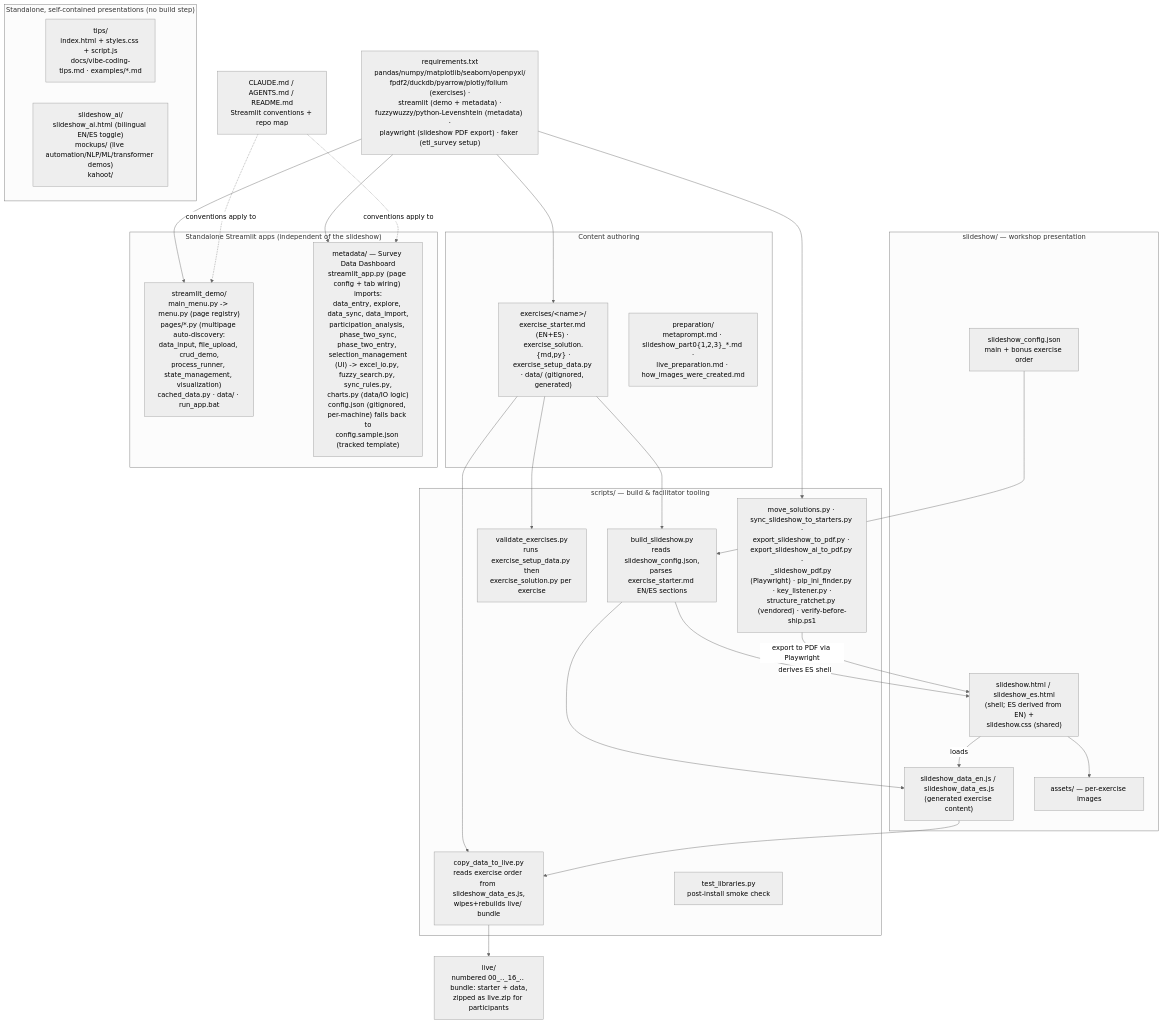
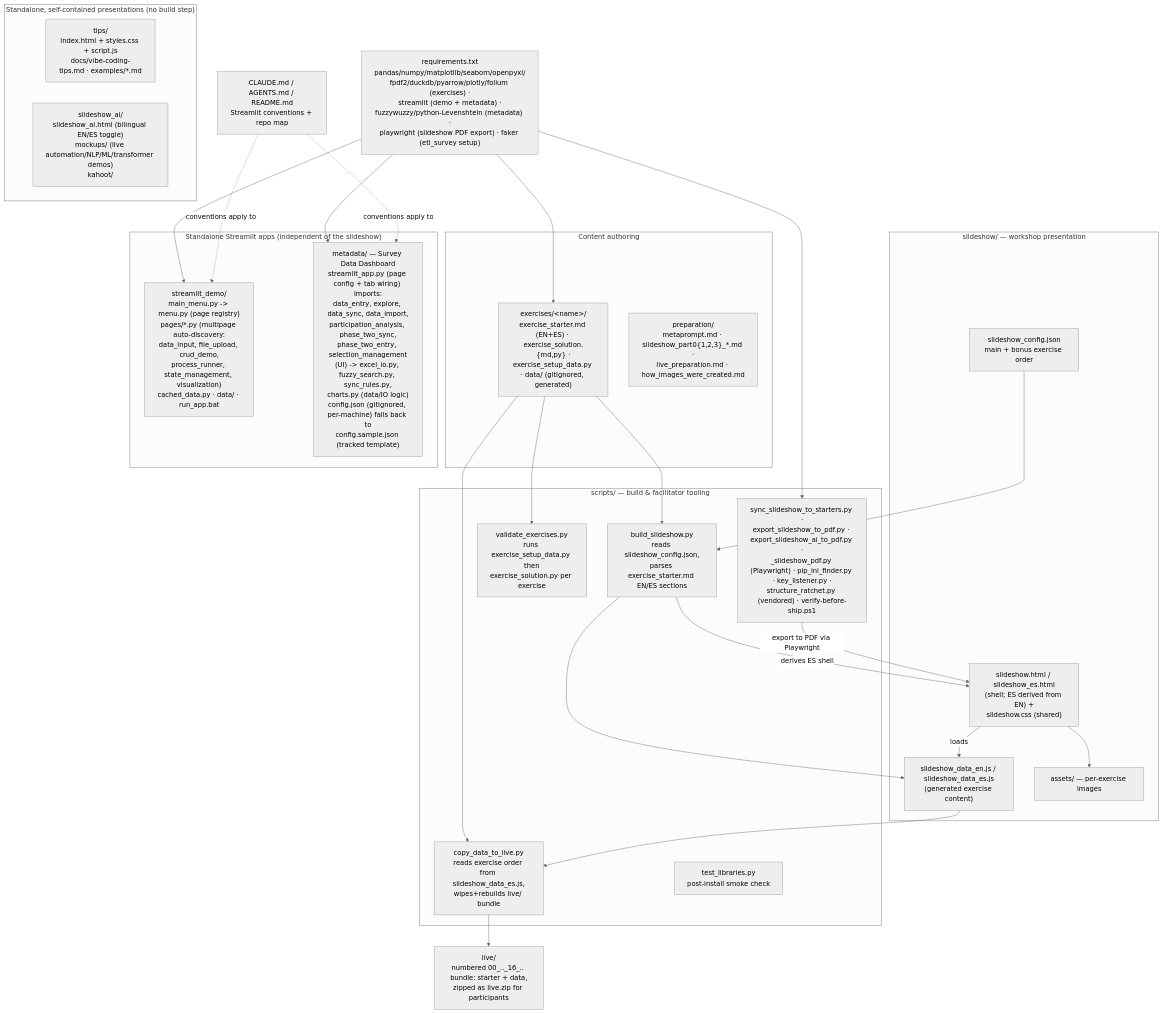
One commit to ferraroroberto/vibe-coding-workshop changed the diagram in docs/architecture.mmd. Above: the diagram before and after it, drawn with Mermaid (neutral theme). The commit also changed 2 other files, not shown here.

```diff
--- a/docs/architecture.mmd
+++ b/docs/architecture.mmd
@@ -1,61 +1,61 @@
 %% docs/architecture.mmd — this repo's own internal structure.
 %% Hand-authored, not generated (there is no crawler for a repo's own semantic
 %% shape, same reason a `.fleet.toml` `description` is hand-written). Update
 %% this diagram in the same PR as any material structural change (an exercise
 %% category added/removed, a build script relocated, a new standalone app
 %% folder). See fleet-config#256 for the general fleet-wide convention.
 
 flowchart TB
   subgraph content["Content authoring"]
     EXERCISES["exercises/&lt;name&gt;/\nexercise_starter.md (EN+ES) · exercise_solution.{md,py} ·\nexercise_setup_data.py · data/ (gitignored, generated)"]
     PREP["preparation/\nmetaprompt.md · slideshow_part0{1,2,3}_*.md ·\nlive_preparation.md · how_images_were_created.md"]
   end
 
   subgraph build["scripts/ — build & facilitator tooling"]
     BUILDSHOW["build_slideshow.py\nreads slideshow_config.json,\nparses exercise_starter.md EN/ES sections"]
     COPYLIVE["copy_data_to_live.py\nreads exercise order from slideshow_data_es.js,\nwipes+rebuilds live/ bundle"]
     VALIDATE["validate_exercises.py\nruns exercise_setup_data.py then\nexercise_solution.py per exercise"]
     TESTLIB["test_libraries.py\npost-install smoke check"]
-    OTHERSCRIPTS["move_solutions.py · sync_slideshow_to_starters.py ·\nexport_slideshow_to_pdf.py · export_slideshow_ai_to_pdf.py ·\n_slideshow_pdf.py (Playwright) · pip_ini_finder.py · key_listener.py ·\nstructure_ratchet.py (vendored) · verify-before-ship.ps1"]
+    OTHERSCRIPTS["sync_slideshow_to_starters.py ·\nexport_slideshow_to_pdf.py · export_slideshow_ai_to_pdf.py ·\n_slideshow_pdf.py (Playwright) · pip_ini_finder.py · key_listener.py ·\nstructure_ratchet.py (vendored) · verify-before-ship.ps1"]
   end
 
   EXERCISES --> BUILDSHOW
   EXERCISES --> VALIDATE
   EXERCISES --> COPYLIVE
 
   subgraph slideshow["slideshow/ — workshop presentation"]
     CONFIG["slideshow_config.json\nmain + bonus exercise order"]
     SHTML["slideshow.html / slideshow_es.html\n(shell; ES derived from EN) +\nslideshow.css (shared)"]
     SDATA["slideshow_data_en.js / slideshow_data_es.js\n(generated exercise content)"]
     ASSETS["assets/ — per-exercise images"]
   end
   CONFIG --> BUILDSHOW
   BUILDSHOW --> SDATA
   BUILDSHOW -->|derives ES shell| SHTML
   SHTML -->|loads| SDATA
   SHTML --> ASSETS
   SDATA --> COPYLIVE
   OTHERSCRIPTS -->|export to PDF via Playwright| SHTML
 
   LIVE["live/\nnumbered 00_.._16_.. bundle: starter + data,\nzipped as live.zip for participants"]
   COPYLIVE --> LIVE
 
   subgraph standalone["Standalone, self-contained presentations (no build step)"]
     TIPS["tips/\nindex.html + styles.css + script.js\ndocs/vibe-coding-tips.md · examples/*.md"]
     SLIDESHOWAI["slideshow_ai/\nslideshow_ai.html (bilingual EN/ES toggle)\nmockups/ (live automation/NLP/ML/transformer demos)\nkahoot/"]
   end
 
   subgraph apps["Standalone Streamlit apps (independent of the slideshow)"]
     DEMO["streamlit_demo/\nmain_menu.py -> menu.py (page registry)\npages/*.py (multipage auto-discovery:\ndata_input, file_upload, crud_demo,\nprocess_runner, state_management, visualization)\ncached_data.py · data/ · run_app.bat"]
     METADATA["metadata/ — Survey Data Dashboard\nstreamlit_app.py (page config + tab wiring) imports:\ndata_entry, explore, data_sync, data_import,\nparticipation_analysis, phase_two_sync,\nphase_two_entry, selection_management\n(UI) -> excel_io.py, fuzzy_search.py, sync_rules.py,\ncharts.py (data/IO logic)\nconfig.json (gitignored, per-machine) falls back to\nconfig.sample.json (tracked template)"]
   end
 
   REQ["requirements.txt\npandas/numpy/matplotlib/seaborn/openpyxl/\nfpdf2/duckdb/pyarrow/plotly/folium (exercises) ·\nstreamlit (demo + metadata) ·\nfuzzywuzzy/python-Levenshtein (metadata) ·\nplaywright (slideshow PDF export) · faker (etl_survey setup)"]
   REQ --> EXERCISES
   REQ --> DEMO
   REQ --> METADATA
   REQ --> OTHERSCRIPTS
 
   ROOTDOCS["CLAUDE.md / AGENTS.md / README.md\nStreamlit conventions + repo map"]
   ROOTDOCS -.->|conventions apply to| DEMO
   ROOTDOCS -.->|conventions apply to| METADATA
```
